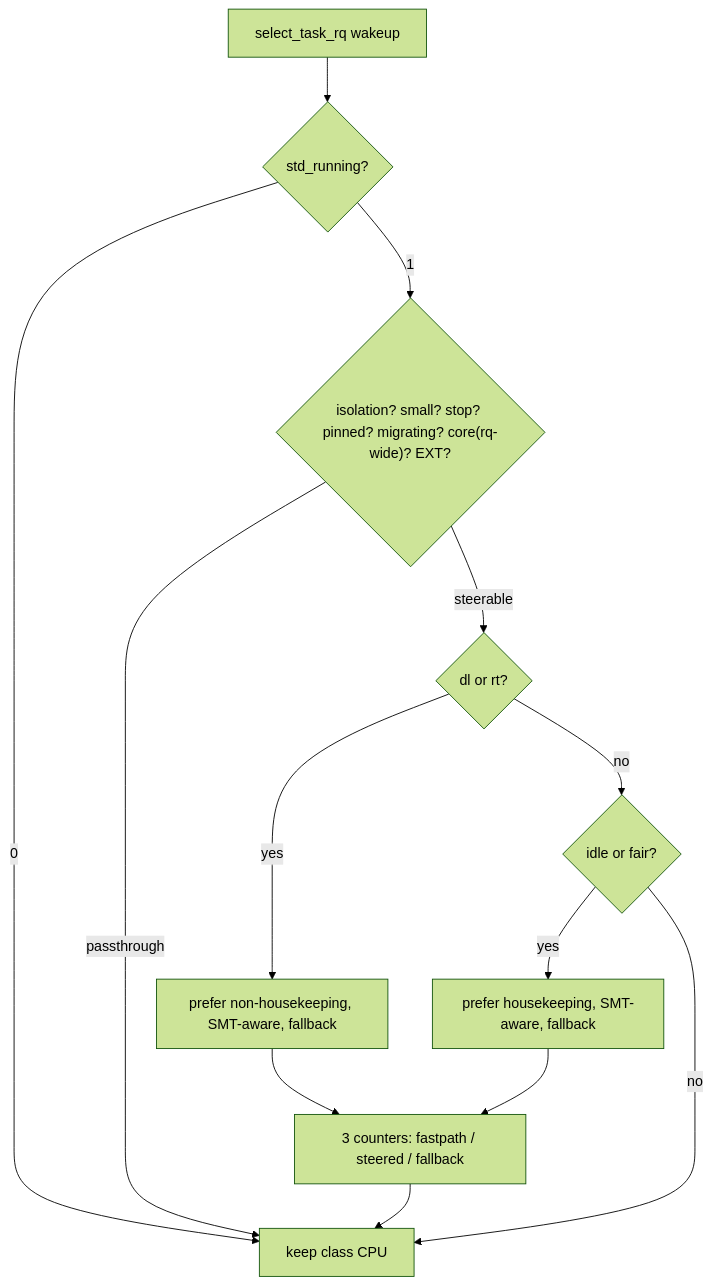
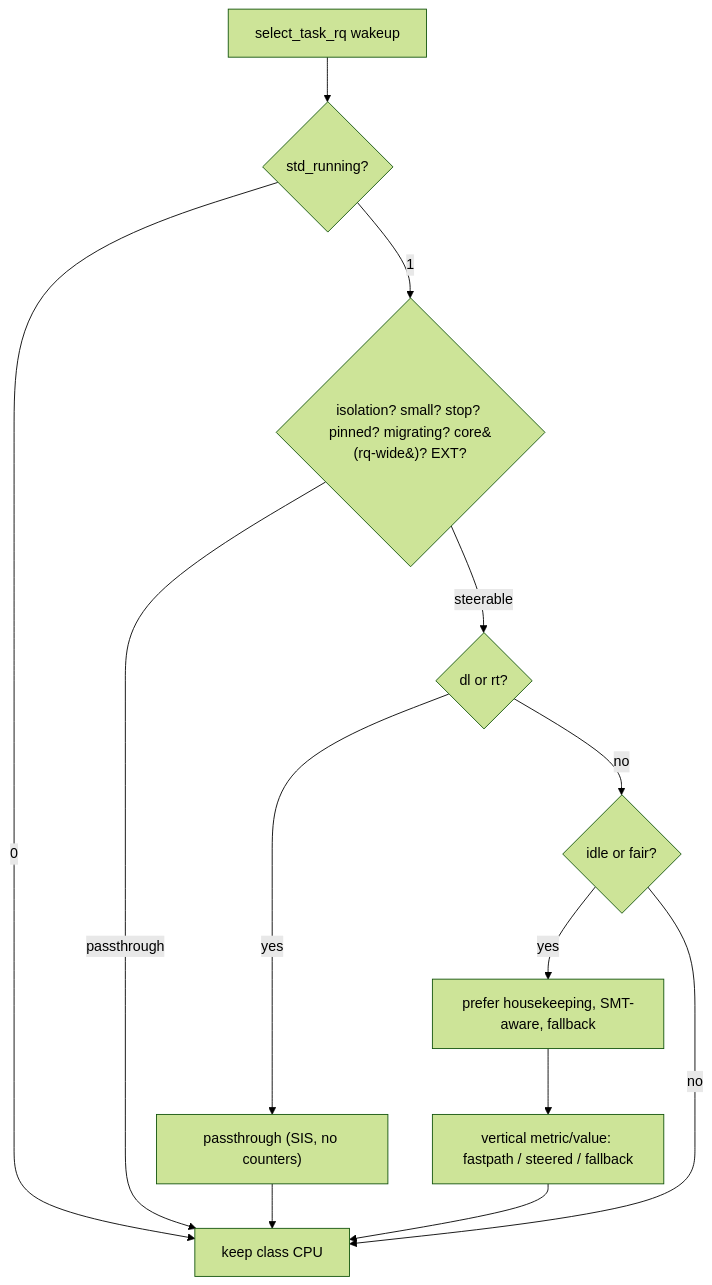
The diagram in README.md (galpt/std), drawn with Mermaid (forest theme) before and after one commit. The commit also changed other lines of this file and 7 other files, not shown here.

First line of the commit message:
STD v7.3: Fair/Idle-only SMT-aware steering vertical stats

````diff
--- a/README.md
+++ b/README.md
@@ -81,16 +81,16 @@
 ```mermaid
 flowchart TD
     A["select_task_rq wakeup"] --> B{"std_running?"}
     B -->|0| Z["keep class CPU"]
-    B -->|1| C{"isolation? small? stop? pinned? migrating? core(rq-wide)? EXT?"}
+    B -->|1| C{"isolation? small? stop? pinned? migrating? core&#40;rq-wide&#41;? EXT?"}
     %% guards in code order
     C -->|passthrough| Z
     C -->|steerable| D{"dl or rt?"}
-    D -->|yes| E["prefer non-housekeeping, SMT-aware, fallback"]
+    D -->|yes| E["passthrough (SIS, no counters)"]
     D -->|no| F{"idle or fair?"}
     F -->|yes| G["prefer housekeeping, SMT-aware, fallback"]
     F -->|no| Z
-    E --> H["3 counters: fastpath / steered / fallback"]
-    G --> H
+    E --> Z
+    G --> H["vertical metric/value: fastpath / steered / fallback"]
     H --> Z
 ```
````
